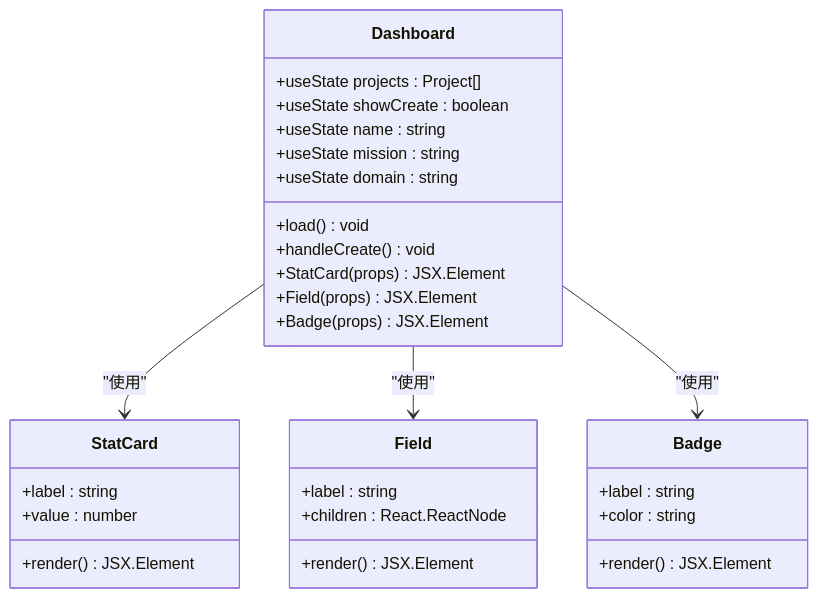
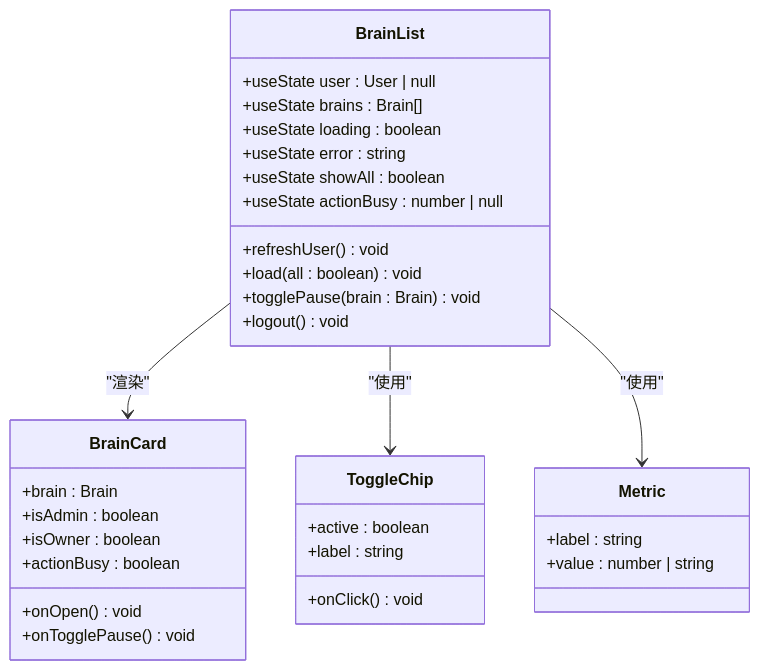
The sixth of 22 diagrams in .qoder/repowiki/zh/content/前端应用/前端应用.md (GDY-ai/ainstein), drawn with Mermaid before and after one commit. The commit also changed other lines of this file and 61 other files, not shown here.

Commit message:
fix: 修复前端路由 — BrainList/CreateBrain 导航到 /brain/:id 而非 /project/:id

````diff
--- a/.qoder/repowiki/zh/content/前端应用/前端应用.md
+++ b/.qoder/repowiki/zh/content/前端应用/前端应用.md
@@ -145,33 +237,35 @@
 ```mermaid
 classDiagram
-class Dashboard {
-+useState projects : Project[]
-+useState showCreate : boolean
-+useState name : string
-+useState mission : string
-+useState domain : string
-+load() void
-+handleCreate() void
-+StatCard(props) JSX.Element
-+Field(props) JSX.Element
-+Badge(props) JSX.Element
+class BrainList {
++useState user : User | null
++useState brains : Brain[]
++useState loading : boolean
++useState error : string
++useState showAll : boolean
++useState actionBusy : number | null
++refreshUser() void
++load(all : boolean) void
++togglePause(brain : Brain) void
++logout() void
 }
-class StatCard {
+class BrainCard {
++brain : Brain
++isAdmin : boolean
++isOwner : boolean
++actionBusy : boolean
++onOpen() void
++onTogglePause() void
+}
+class ToggleChip {
++active : boolean
 +label : string
-+value : number
-+render() JSX.Element
++onClick() void
 }
-class Field {
+class Metric {
 +label : string
-+children : React.ReactNode
-+render() JSX.Element
++value : number | string
 }
-class Badge {
-+label : string
-+color : string
-+render() JSX.Element
-}
-Dashboard --> StatCard : "使用"
-Dashboard --> Field : "使用"
-Dashboard --> Badge : "使用"
+BrainList --> BrainCard : "渲染"
+BrainList --> ToggleChip : "使用"
+BrainList --> Metric : "使用"
 ```
````
